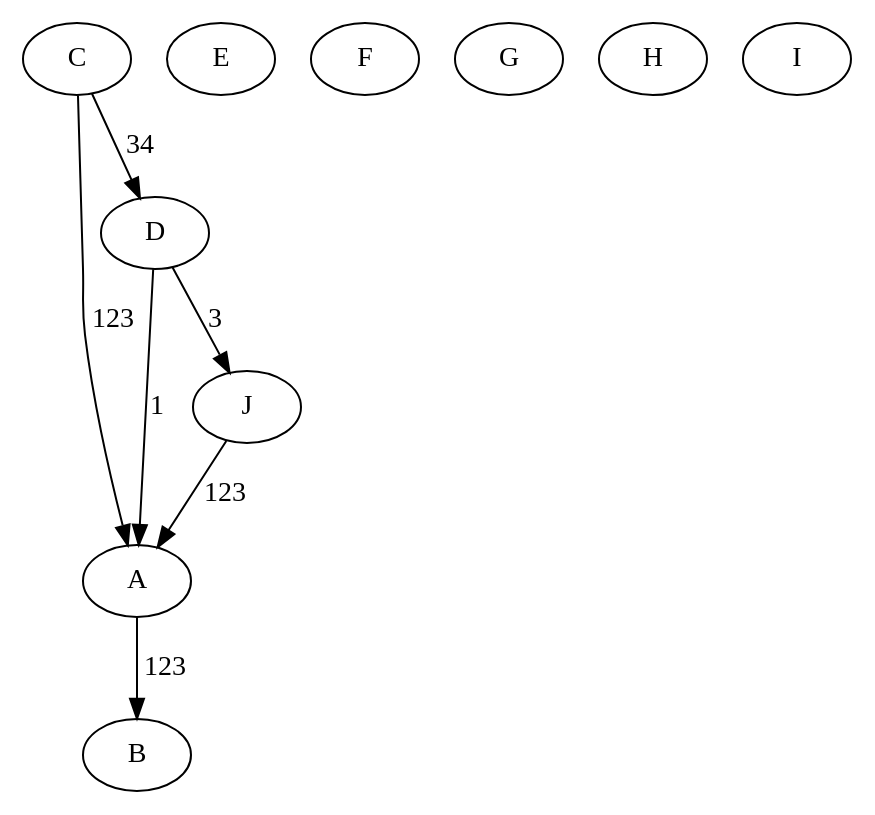
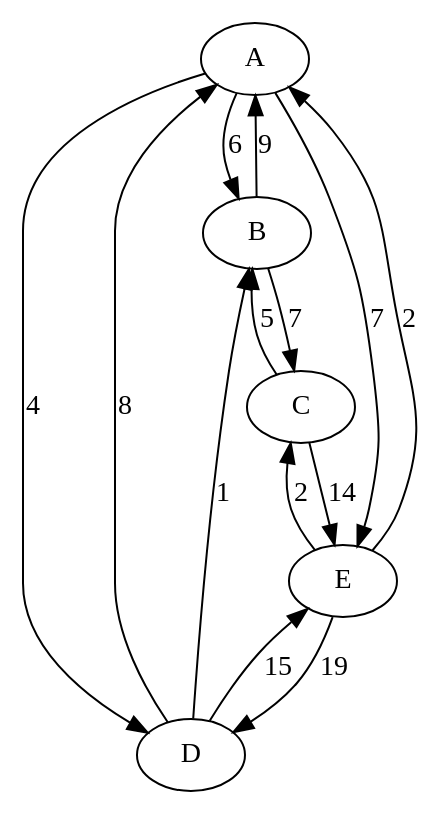
One commit to caco26i/IO-S2-2018 changed the diagram in test.dot. Above: the diagram before and after it, drawn with Graphviz. The commit also changed 2 other files, not shown here.

```diff
--- a/test.dot
+++ b/test.dot
@@ -1,18 +1,20 @@
 digraph G {
 "A"
-"A" -> "B" [ label="123" ];
+"A" -> "B" [ label="6" ];
+"A" -> "D" [ label="4" ];
+"A" -> "E" [ label="7" ];
 "B"
+"B" -> "A" [ label="9" ];
+"B" -> "C" [ label="7" ];
 "C"
-"C" -> "A" [ label="123" ];
-"C" -> "D" [ label="34" ];
+"C" -> "B" [ label="5" ];
+"C" -> "E" [ label="14" ];
 "D"
-"D" -> "A" [ label="1" ];
-"D" -> "J" [ label="3" ];
+"D" -> "A" [ label="8" ];
+"D" -> "B" [ label="1" ];
+"D" -> "E" [ label="15" ];
 "E"
-"F"
-"G"
-"H"
-"I"
-"J"
-"J" -> "A" [ label="123" ];
+"E" -> "A" [ label="2" ];
+"E" -> "C" [ label="2" ];
+"E" -> "D" [ label="19" ];
 }
```
